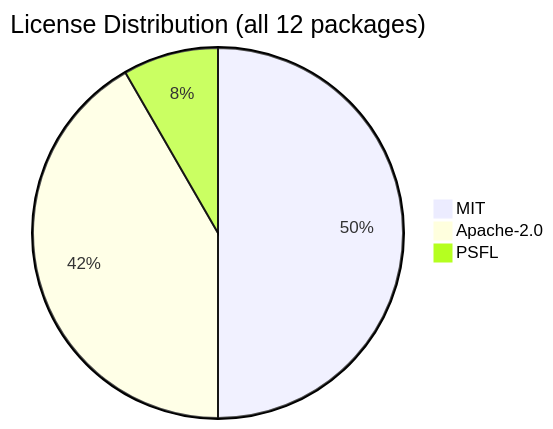
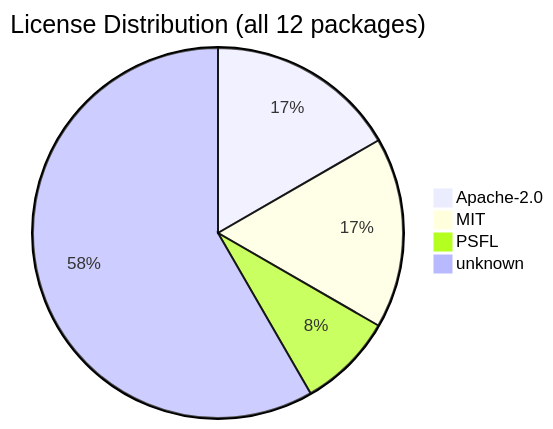
One commit to svenroth-ai/shipwright changed the diagram in .shipwright/compliance/sbom.md. Above: the diagram before and after it, drawn with Mermaid. The commit also changed other lines of this file and 50 other files, not shown here.

````diff
--- a/.shipwright/compliance/sbom.md
+++ b/.shipwright/compliance/sbom.md
@@ -20,6 +20,7 @@
 ```mermaid
 pie title License Distribution (all 12 packages)
-    "MIT" : 6
-    "Apache-2.0" : 5
+    "Apache-2.0" : 2
+    "MIT" : 2
     "PSFL" : 1
+    "unknown" : 7
 ```
````
